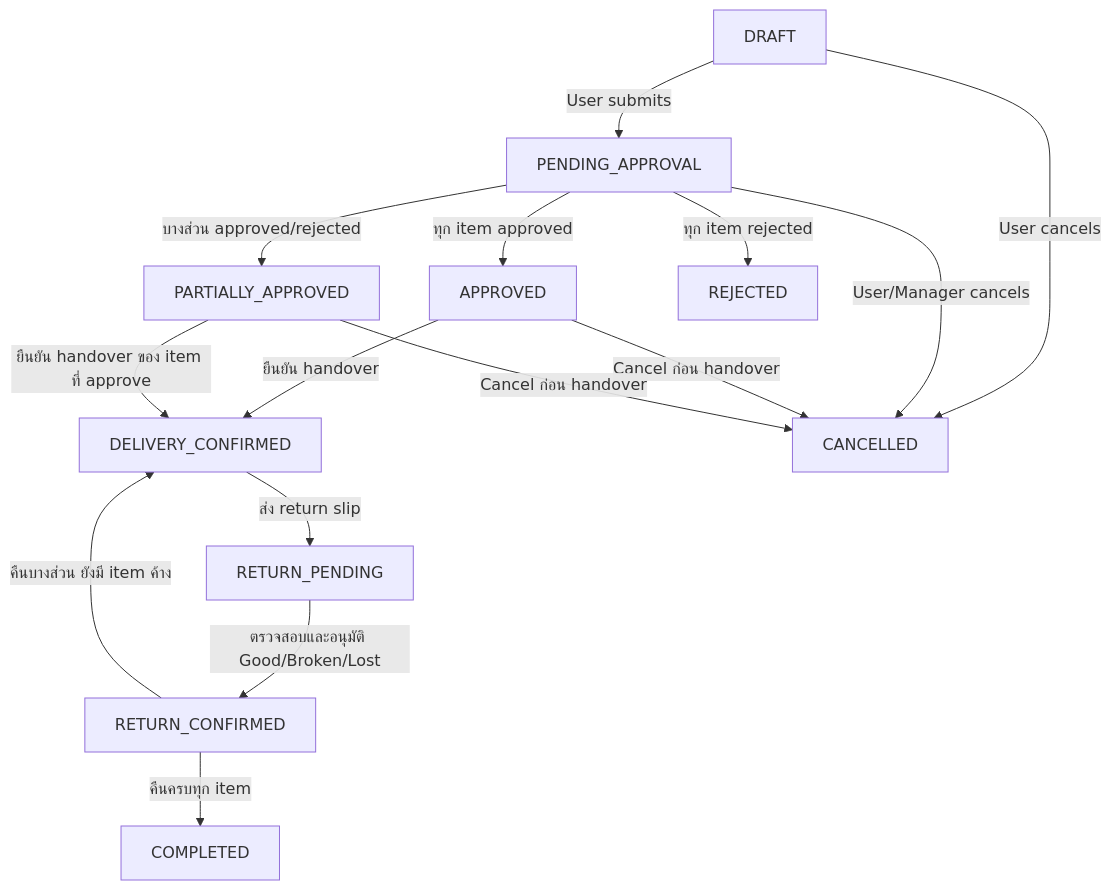
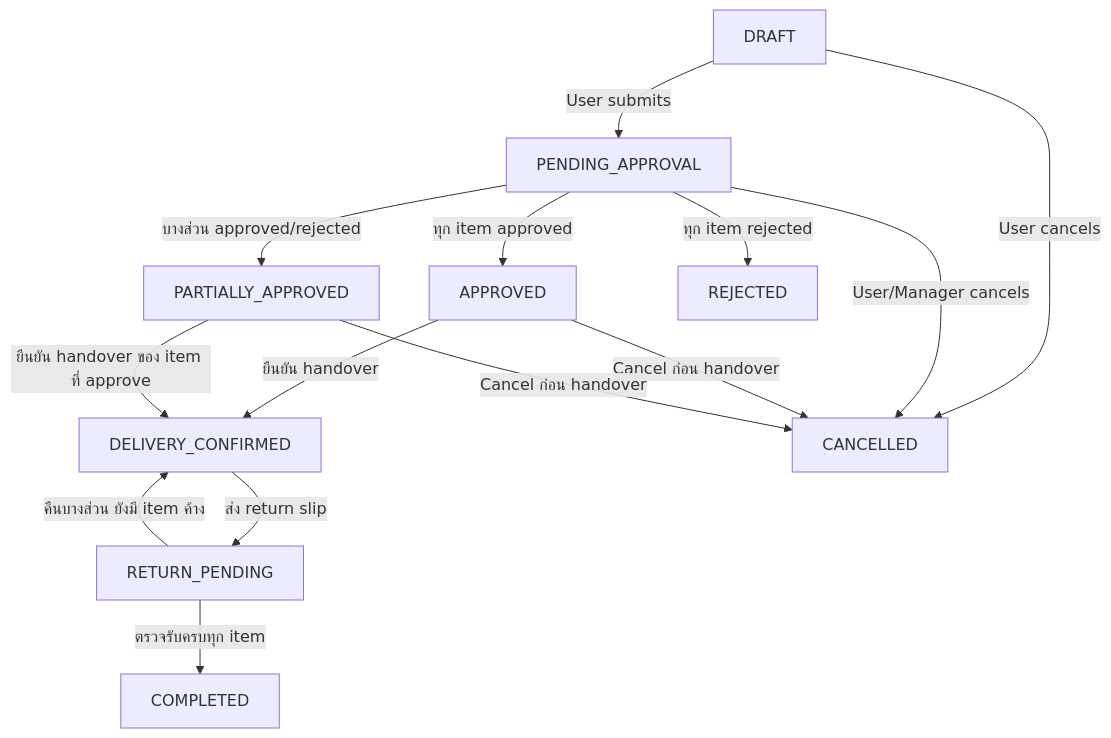
The second of 5 diagrams in docs/software_spec/lifecycle-and-state-machines.md (Faiisu/asset-reserve), drawn with Mermaid before and after one commit. The commit also changed other lines of this file and 41 other files, not shown here.

````diff
--- a/docs/software_spec/lifecycle-and-state-machines.md
+++ b/docs/software_spec/lifecycle-and-state-machines.md
@@ -42,28 +41,26 @@
 ```mermaid
 flowchart TD
     DRAFT["DRAFT"]
     PENDING["PENDING_APPROVAL"]
     APPROVED["APPROVED"]
     PARTIAL["PARTIALLY_APPROVED"]
     REJECTED["REJECTED"]
     DELIVERY_CONFIRMED["DELIVERY_CONFIRMED"]
     RETURN_PENDING["RETURN_PENDING"]
-    RETURN_CONFIRMED["RETURN_CONFIRMED"]
     COMPLETED["COMPLETED"]
     CANCELLED["CANCELLED"]
 
     DRAFT -->|User submits| PENDING
     DRAFT -->|User cancels| CANCELLED
     PENDING -->|ทุก item approved| APPROVED
     PENDING -->|บางส่วน approved/rejected| PARTIAL
     PENDING -->|ทุก item rejected| REJECTED
     PENDING -->|User/Manager cancels| CANCELLED
     APPROVED -->|Cancel ก่อน handover| CANCELLED
     PARTIAL -->|Cancel ก่อน handover| CANCELLED
     APPROVED -->|ยืนยัน handover| DELIVERY_CONFIRMED
     PARTIAL -->|ยืนยัน handover ของ item ที่ approve| DELIVERY_CONFIRMED
     DELIVERY_CONFIRMED -->|ส่ง return slip| RETURN_PENDING
-    RETURN_PENDING -->|ตรวจสอบและอนุมัติ Good/Broken/Lost| RETURN_CONFIRMED
-    RETURN_CONFIRMED -->|คืนครบทุก item| COMPLETED
-    RETURN_CONFIRMED -->|คืนบางส่วน ยังมี item ค้าง| DELIVERY_CONFIRMED
+    RETURN_PENDING -->|ตรวจรับครบทุก item| COMPLETED
+    RETURN_PENDING -->|คืนบางส่วน ยังมี item ค้าง| DELIVERY_CONFIRMED
 ```
````
